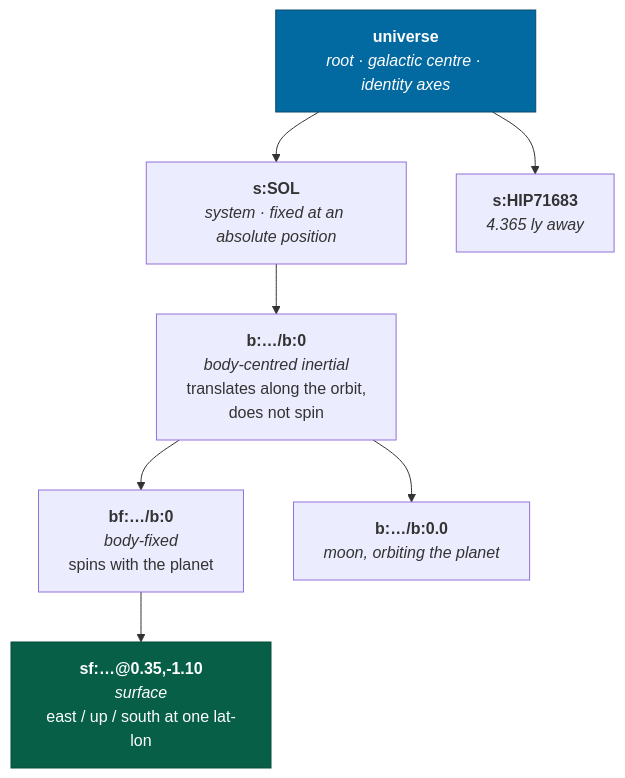
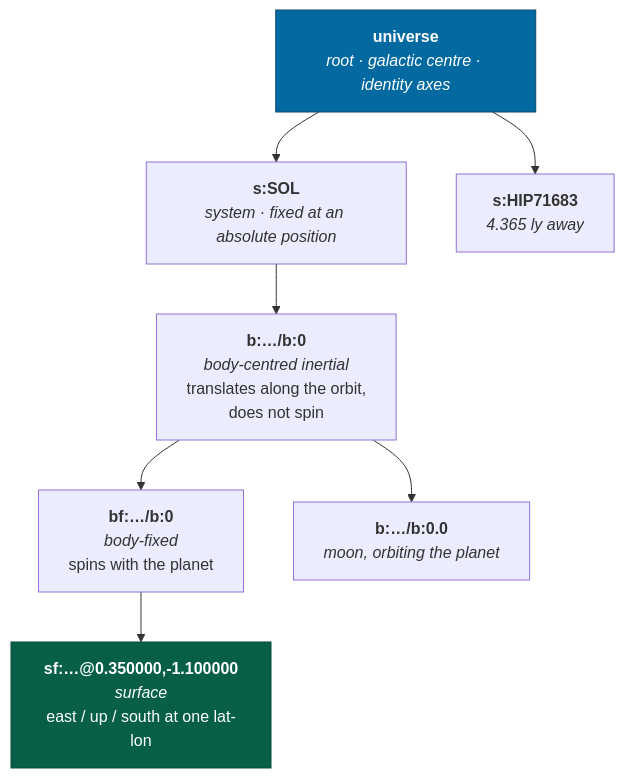
One commit to jonjaques/inertialref changed the first of 4 diagrams in docs/concepts/frames.md. Above: the diagram before and after it, drawn with Mermaid. The commit also changed other lines of this file and 24 other files, not shown here.

````diff
--- a/docs/concepts/frames.md
+++ b/docs/concepts/frames.md
@@ -35,20 +35,20 @@
 ```mermaid
 flowchart TB
     ROOT["<b>universe</b><br/><i>root · galactic centre · identity axes</i>"]
     SYS["<b>s:SOL</b><br/><i>system · fixed at an absolute position</i>"]
     SYS2["<b>s:HIP71683</b><br/><i>4.365 ly away</i>"]
     BODY["<b>b:…/b:0</b><br/><i>body-centred inertial</i><br/>translates along the orbit,<br/>does not spin"]
     BF["<b>bf:…/b:0</b><br/><i>body-fixed</i><br/>spins with the planet"]
-    SF["<b>sf:…@0.35,-1.10</b><br/><i>surface</i><br/>east / up / south at one lat-lon"]
+    SF["<b>sf:…@0.350000,-1.100000</b><br/><i>surface</i><br/>east / up / south at one lat-lon"]
     MOON["<b>b:…/b:0.0</b><br/><i>moon, orbiting the planet</i>"]
 
     ROOT --> SYS
     ROOT --> SYS2
     SYS --> BODY
     BODY --> BF
     BODY --> MOON
     BF --> SF
 
     style ROOT fill:#0369a1,stroke:#0c4a6e,color:#fff
     style SF fill:#065f46,stroke:#064e3b,color:#fff
 ```
````
